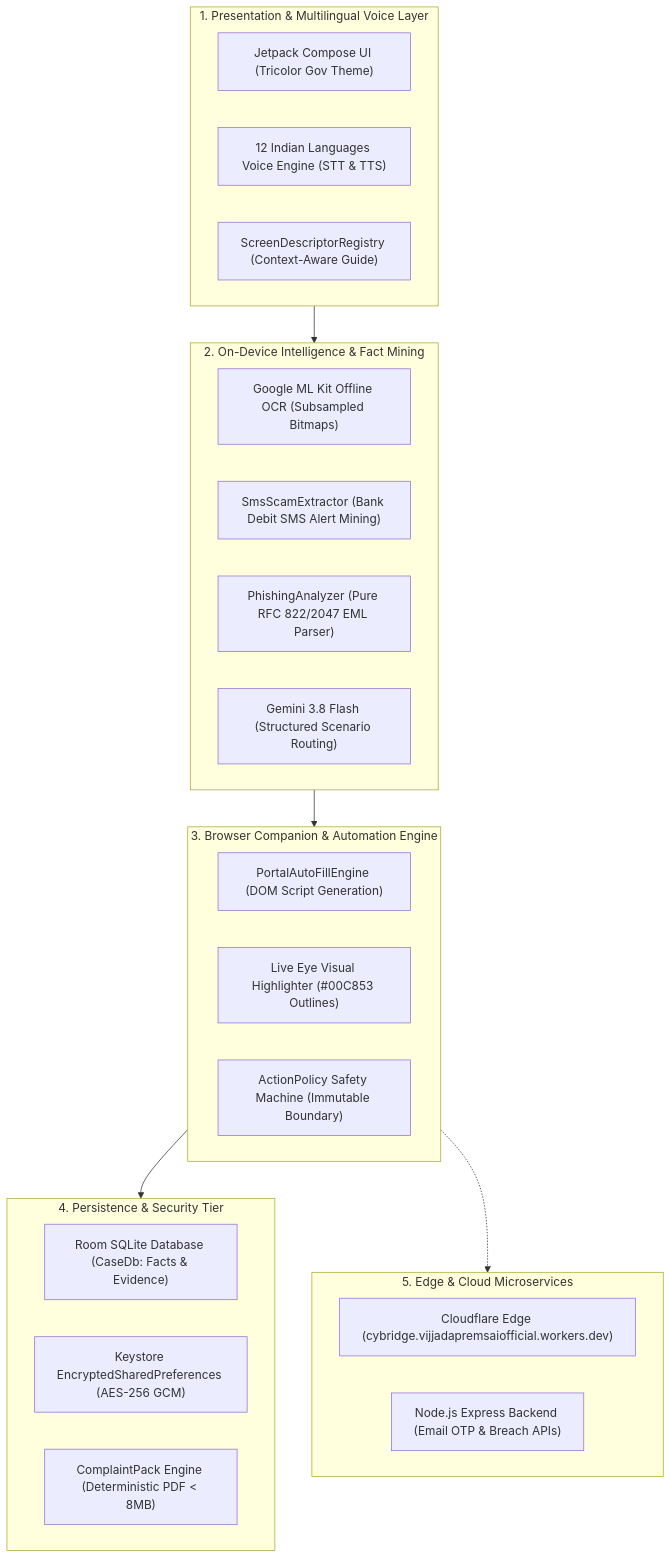
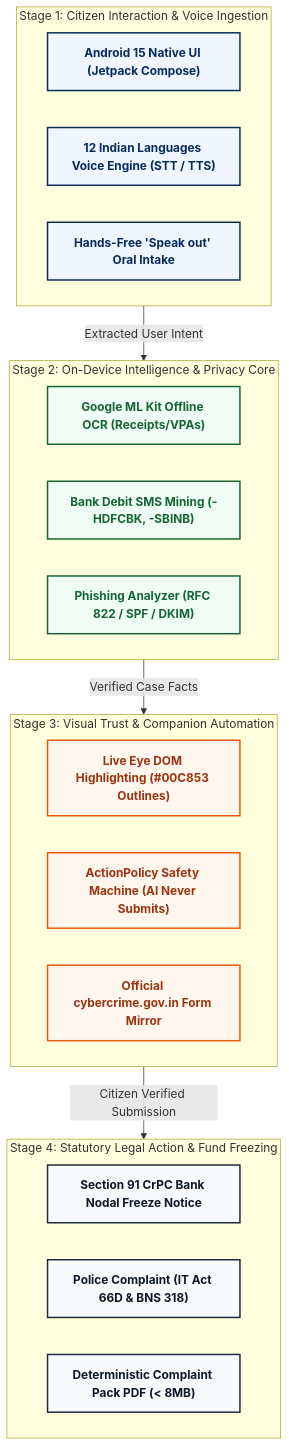
Before and after one commit to vijjada/cyber-victim-assistant: the second of 3 diagrams in README.md, drawn with Mermaid. The commit also changed other lines of this file, not shown here.

Commit message:
style: replace 4-tier diagram with clean modular architecture pipeline and Tricolor Gov palette

````diff
--- a/README.md
+++ b/README.md
@@ -60,37 +70,44 @@
 ```mermaid
-graph TD
-    subgraph UI ["1. Presentation & Multilingual Voice Layer"]
-        A1["Jetpack Compose UI (Tricolor Gov Theme)"]
-        A2["12 Indian Languages Voice Engine (STT & TTS)"]
-        A3["ScreenDescriptorRegistry (Context-Aware Guide)"]
+flowchart TD
+    classDef client fill:#EFF6FF,stroke:#082B5B,stroke-width:2px,color:#082B5B,font-weight:bold;
+    classDef ai fill:#F0FDF4,stroke:#166534,stroke-width:2px,color:#166534,font-weight:bold;
+    classDef companion fill:#FFF7ED,stroke:#EA580C,stroke-width:2px,color:#9A3412,font-weight:bold;
+    classDef legal fill:#F8FAFC,stroke:#1E293B,stroke-width:2px,color:#0F172A,font-weight:bold;
+
+    subgraph Tier1 ["Stage 1: Citizen Interaction & Voice Ingestion"]
+        direction LR
+        A1["Android 15 Native UI (Jetpack Compose)"]
+        A2["12 Indian Languages Voice Engine (STT / TTS)"]
+        A3["Hands-Free 'Speak out' Oral Intake"]
     end
 
-    subgraph AI ["2. On-Device Intelligence & Fact Mining"]
-        B1["Google ML Kit Offline OCR (Subsampled Bitmaps)"]
-        B2["SmsScamExtractor (Bank Debit SMS Alert Mining)"]
-        B3["PhishingAnalyzer (Pure RFC 822/2047 EML Parser)"]
-        B4["Gemini 3.8 Flash (Structured Scenario Routing)"]
+    subgraph Tier2 ["Stage 2: On-Device Intelligence & Privacy Core"]
+        direction LR
+        B1["Google ML Kit Offline OCR (Receipts/VPAs)"]
+        B2["Bank Debit SMS Mining (-HDFCBK, -SBINB)"]
+        B3["Phishing Analyzer (RFC 822 / SPF / DKIM)"]
     end
 
-    subgraph Companion ["3. Browser Companion & Automation Engine"]
-        C1["PortalAutoFillEngine (DOM Script Generation)"]
-        C2["Live Eye Visual Highlighter (#00C853 Outlines)"]
-        C3["ActionPolicy Safety Machine (Immutable Boundary)"]
+    subgraph Tier3 ["Stage 3: Visual Trust & Companion Automation"]
+        direction LR
+        C1["Live Eye DOM Highlighting (#00C853 Outlines)"]
+        C2["ActionPolicy Safety Machine (AI Never Submits)"]
+        C3["Official cybercrime.gov.in Form Mirror"]
     end
 
-    subgraph Data ["4. Persistence & Security Tier"]
-        D1["Room SQLite Database (CaseDb: Facts & Evidence)"]
-        D2["Keystore EncryptedSharedPreferences (AES-256 GCM)"]
-        D3["ComplaintPack Engine (Deterministic PDF < 8MB)"]
+    subgraph Tier4 ["Stage 4: Statutory Legal Action & Fund Freezing"]
+        direction LR
+        D1["Section 91 CrPC Bank Nodal Freeze Notice"]
+        D2["Police Complaint (IT Act 66D & BNS 318)"]
+        D3["Deterministic Complaint Pack PDF (< 8MB)"]
     end
 
-    subgraph Cloud ["5. Edge & Cloud Microservices"]
-        E1["Cloudflare Edge (cybridge.vijjadapremsaiofficial.workers.dev)"]
-        E2["Node.js Express Backend (Email OTP & Breach APIs)"]
-    end
+    Tier1 -->|"Extracted User Intent"| Tier2
+    Tier2 -->|"Verified Case Facts"| Tier3
+    Tier3 -->|"Citizen Verified Submission"| Tier4
 
-    UI --> AI
-    AI --> Companion
-    Companion --> Data
-    Companion -.-> Cloud
+    class A1,A2,A3 client;
+    class B1,B2,B3 ai;
+    class C1,C2,C3 companion;
+    class D1,D2,D3 legal;
 ```
````
